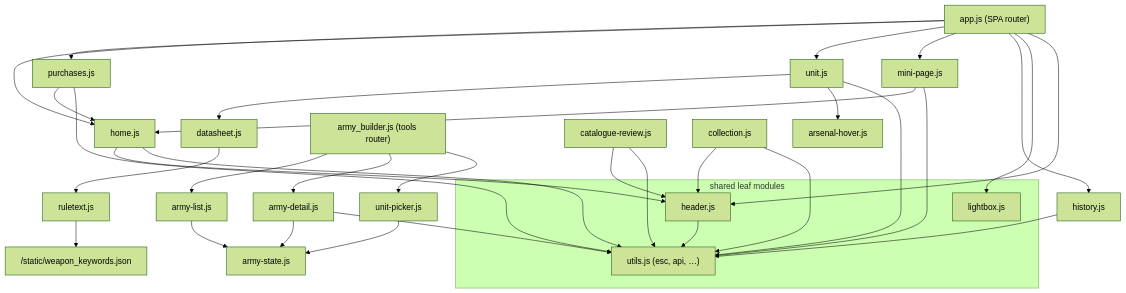
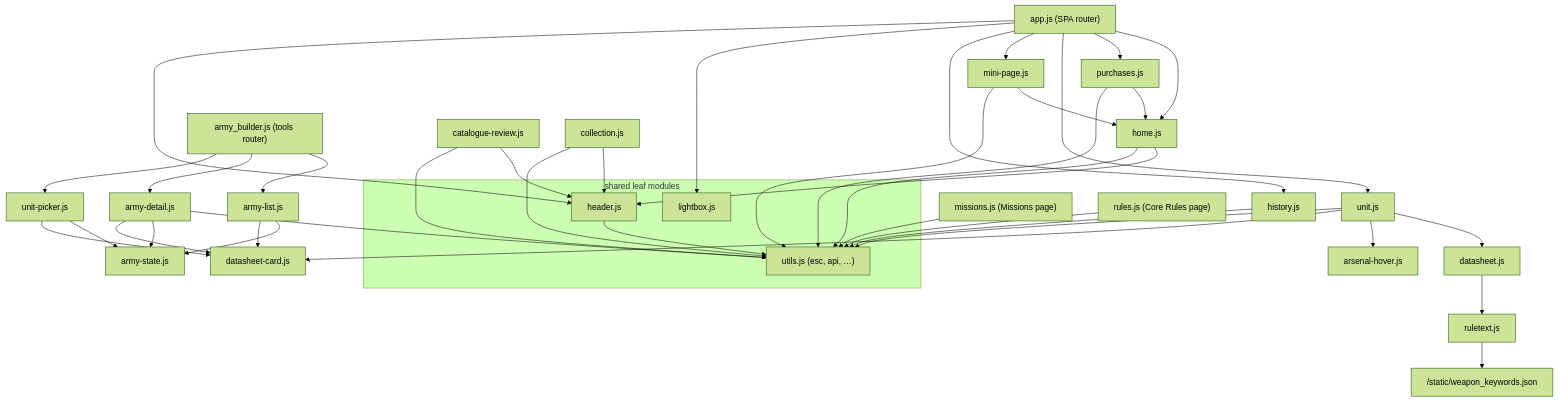
Before and after one commit to Unfunded8495/Codex-Armorum: the fourth of 12 diagrams in CODEX_ARMORUM_APP_MAP.md, drawn with Mermaid (forest theme). The commit also changed other lines of this file and 59 other files, not shown here.

First line of the commit message:
Add Core Rules reference page; wargear/roster refinements, data-update tooling, docs

````diff
--- a/CODEX_ARMORUM_APP_MAP.md
+++ b/CODEX_ARMORUM_APP_MAP.md
@@ -167,45 +172,51 @@
 ```mermaid
 flowchart TD
     appjs["app.js (SPA router)"] --> home["home.js"]
     appjs --> purchases["purchases.js"]
     appjs --> unit["unit.js"]
     appjs --> minipage["mini-page.js"]
     appjs --> history["history.js"]
     appjs --> lightbox["lightbox.js"]
     appjs --> header["header.js"]
 
     unit --> datasheet["datasheet.js"]
     unit --> arsenalhover["arsenal-hover.js"]
     datasheet --> ruletext["ruletext.js"]
     ruletext --> kw["/static/weapon_keywords.json"]
 
     home --> header
     purchases --> home
     minipage --> home
 
     abjs["army_builder.js (tools router)"] --> armylist["army-list.js"]
     abjs --> armydetail["army-detail.js"]
     abjs --> picker["unit-picker.js"]
     armylist --> astate["army-state.js"]
     armydetail --> astate
     picker --> astate
+    armylist --> dscard["datasheet-card.js"]
+    armydetail --> dscard
+    picker --> dscard
+    unit --> dscard
 
     creview["catalogue-review.js"] --> header
     collectionjs["collection.js"] --> header
+    missionsjs["missions.js (Missions page)"] --> utils
+    rulesjs["rules.js (Core Rules page)"] --> utils
 
     subgraph shared["shared leaf modules"]
         utils["utils.js (esc, api, …)"]
         header
         lightbox
     end
 
     home --> utils
     unit --> utils
     minipage --> utils
     purchases --> utils
     history --> utils
     armydetail --> utils
     creview --> utils
     collectionjs --> utils
     header --> utils
 ```
````
